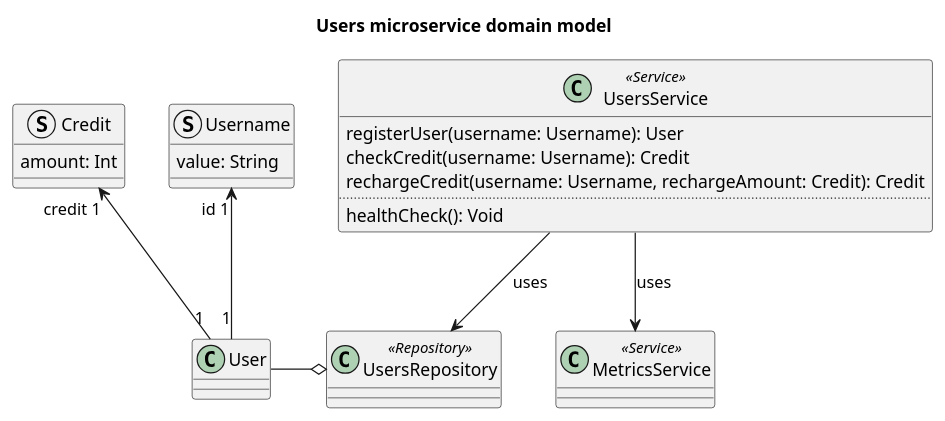
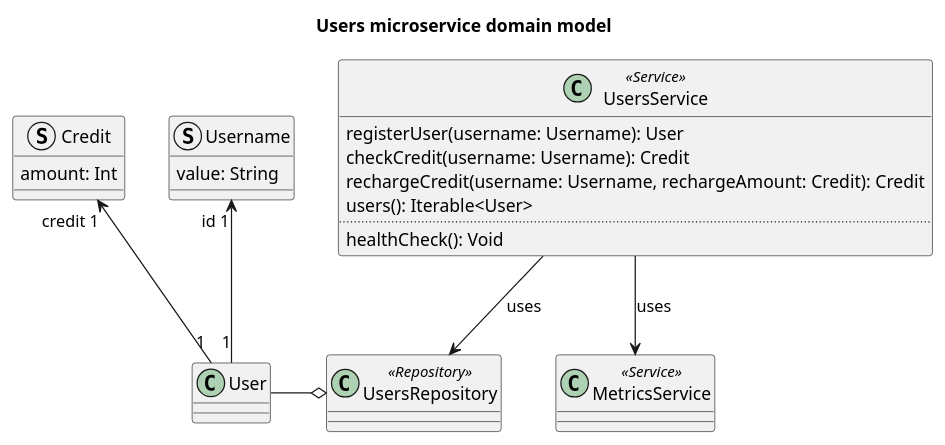
The diagram in doc/diagrams/src/users-microservice-domain-model.puml (Ventus218/SAP-assignment-02), drawn with PlantUML before and after one commit.

Commit message:
Added method to users service

```diff
--- a/doc/diagrams/src/users-microservice-domain-model.puml
+++ b/doc/diagrams/src/users-microservice-domain-model.puml
@@ -1,33 +1,34 @@
 @startuml users-microservice-domain-model
 
 title Users microservice domain model
 
 class User {}
 
 struct Username {
     value: String
 }
 User "1" -u-> "id 1" Username
 
 struct Credit {
     amount: Int
 }
 User "1" -u-> "credit 1" Credit
 
 class UsersRepository <<Repository>>
 UsersRepository o-l- User
 
 class UsersService <<Service>> {
     registerUser(username: Username): User
     checkCredit(username: Username): Credit
     rechargeCredit(username: Username, rechargeAmount: Credit): Credit
+    users(): Iterable<User>
     ..
     healthCheck(): Void
 }
 
 UsersService --> UsersRepository : "uses"
 
 class MetricsService <<Service>>
 UsersService --> MetricsService : "uses"
 
 @enduml
```
